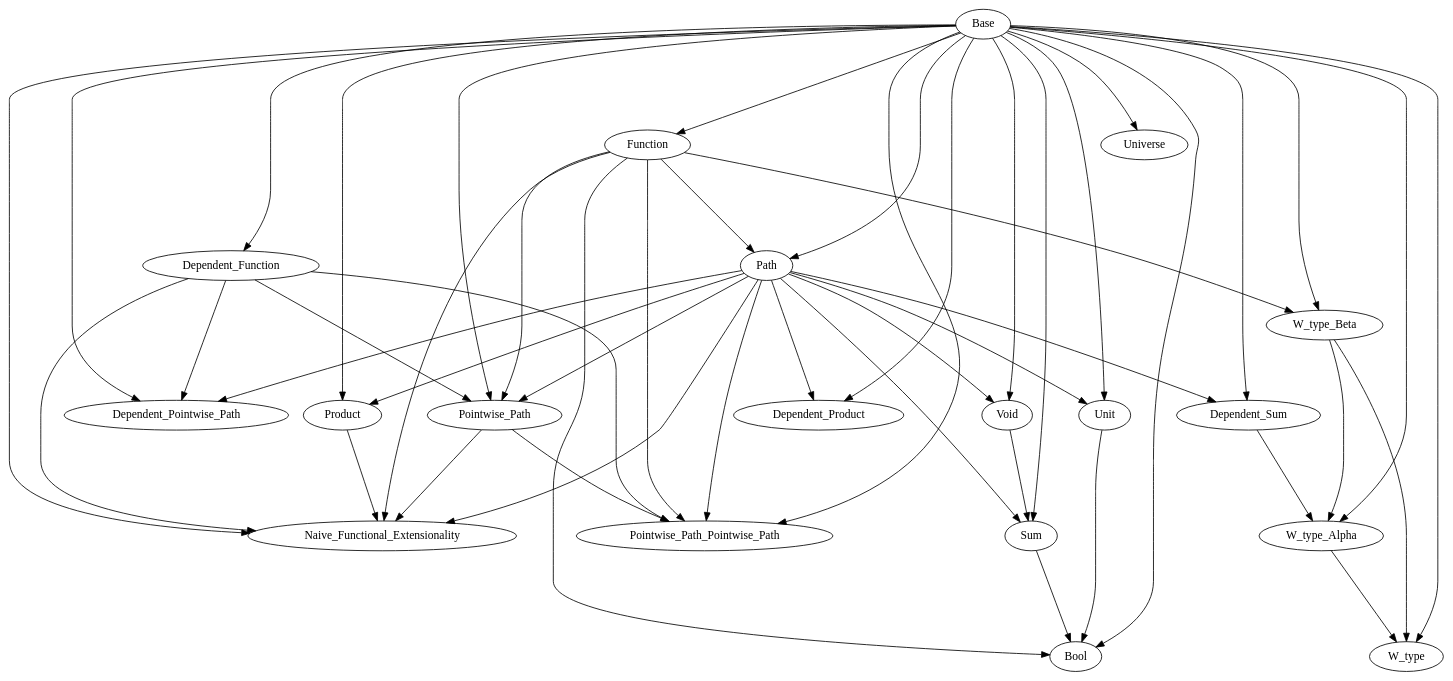
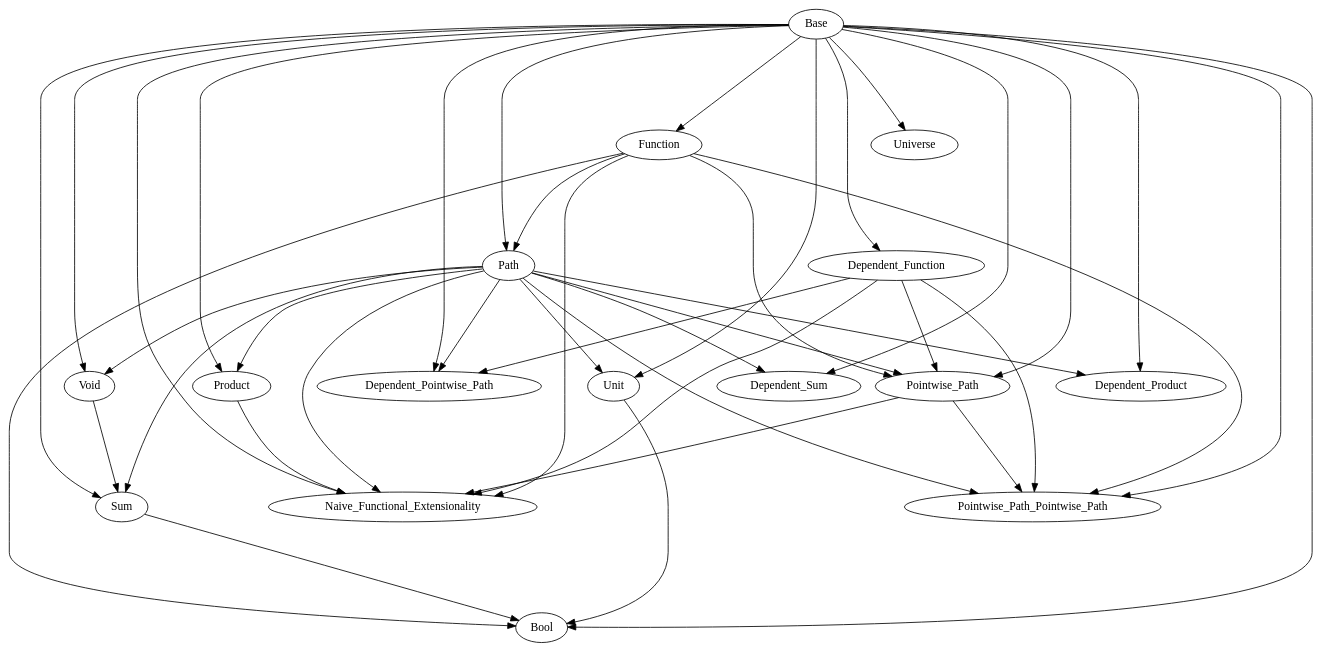
One commit to Hexirp/googology-in-coq changed the diagram in libraries/dependencies.gv. Above: the diagram before and after it, drawn with Graphviz. The commit also changed 3 other files, not shown here.

```diff
--- a/libraries/dependencies.gv
+++ b/libraries/dependencies.gv
@@ -1,89 +1,75 @@
 digraph Dependencies {
   edge [ minlen = 3 ];
 
   # Base
 
   # Dependent_Function
   "Base" -> "Dependent_Function";
 
   # Function
   "Base" -> "Function";
 
   # Path
   "Base" -> "Path";
   "Function" -> "Path";
 
   # Void
   "Base" -> "Void";
   "Path" -> "Void";
 
   # Unit
   "Base" -> "Unit";
   "Path" -> "Unit";
 
   # Sum
   "Base" -> "Sum";
   "Path" -> "Sum";
   "Void" -> "Sum";
 
   # Product
   "Base" -> "Product";
   "Path" -> "Product";
 
   # Dependent_Sum
   "Base" -> "Dependent_Sum";
   "Path" -> "Dependent_Sum";
 
   # Dependent_Product
   "Base" -> "Dependent_Product";
   "Path" -> "Dependent_Product";
 
-  # W_type_Beta
-  "Base" -> "W_type_Beta";
-  "Function" -> "W_type_Beta";
-
-  # W_type_Alpha
-  "Base" -> "W_type_Alpha";
-  "Dependent_Sum" -> "W_type_Alpha";
-  "W_type_Beta" -> "W_type_Alpha";
-
-  # W_type
-  "Base" -> "W_type";
-  "W_type_Alpha" -> "W_type";
-  "W_type_Beta" -> "W_type";
-
   # Universe
   "Base" -> "Universe";
 
   # Dependent_Pointwise_Path
   "Base" -> "Dependent_Pointwise_Path";
   "Dependent_Function" -> "Dependent_Pointwise_Path";
   "Path" -> "Dependent_Pointwise_Path";
 
   # Pointwise_Path
   "Base" -> "Pointwise_Path";
   "Dependent_Function" -> "Pointwise_Path";
   "Function" -> "Pointwise_Path";
   "Path" -> "Pointwise_Path";
 
   # Pointwise_Path_Pointwise_Path
   "Base" -> "Pointwise_Path_Pointwise_Path";
   "Dependent_Function" -> "Pointwise_Path_Pointwise_Path";
   "Function" -> "Pointwise_Path_Pointwise_Path";
   "Path" -> "Pointwise_Path_Pointwise_Path";
   "Pointwise_Path" -> "Pointwise_Path_Pointwise_Path";
 
   # Naive_Functional_Extensionality
   "Base" -> "Naive_Functional_Extensionality";
   "Dependent_Function" -> "Naive_Functional_Extensionality";
   "Function" -> "Naive_Functional_Extensionality";
   "Product" -> "Naive_Functional_Extensionality";
   "Path" -> "Naive_Functional_Extensionality";
   "Pointwise_Path" -> "Naive_Functional_Extensionality";
 
   # Bool
   "Base" -> "Bool";
   "Function" -> "Bool";
   "Sum" -> "Bool";
   "Unit" -> "Bool";
 }
```
